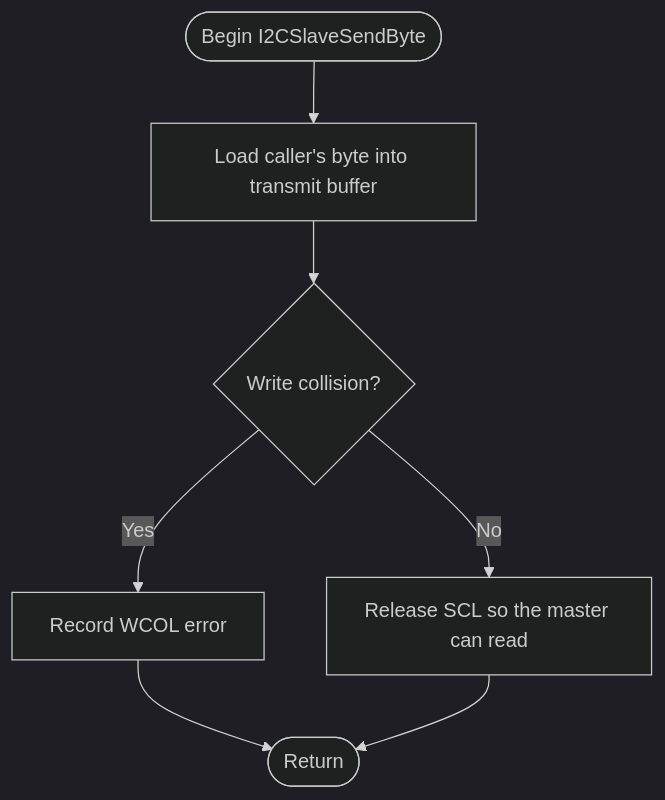
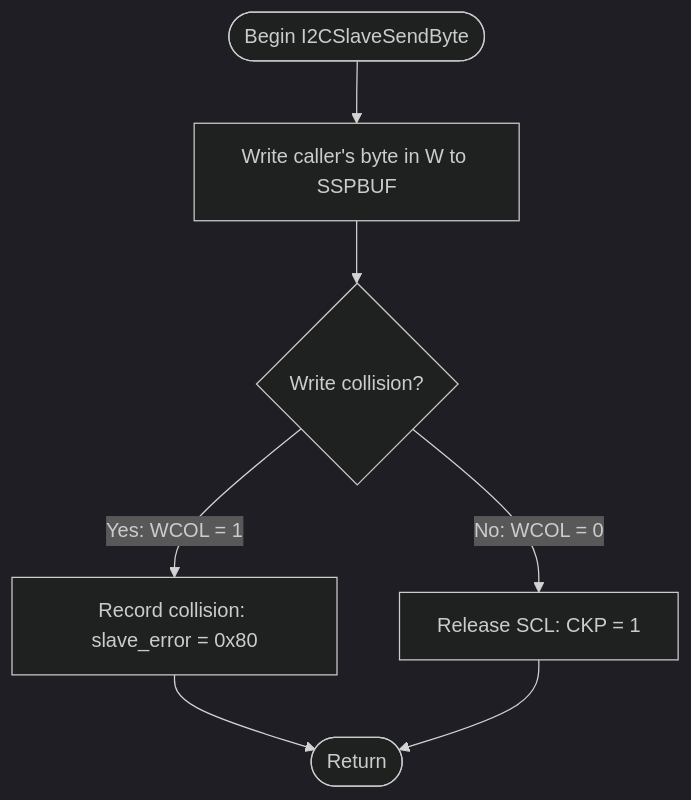
The fourth of 10 diagrams in LabAssignments/support/Lab10-I2C-Slave-Three-Level-Student-Guide.md (rosstimo/RCET3375), drawn with Mermaid (dark theme) before and after one commit. The commit also changed other lines of this file, not shown here.

Commit message:
Use explicit MSSP bit and register conditions in remaining Level 1 flowcharts

````diff
--- a/LabAssignments/support/Lab10-I2C-Slave-Three-Level-Student-Guide.md
+++ b/LabAssignments/support/Lab10-I2C-Slave-Three-Level-Student-Guide.md
@@ -167,9 +167,9 @@
 ```mermaid
 flowchart TD
-    Begin([Begin I2CSlaveSendByte]) --> Load["Load caller's byte into transmit buffer"]
+    Begin(["Begin I2CSlaveSendByte"]) --> Load["Write caller's byte in W to SSPBUF"]
     Load --> Collision{"Write collision?"}
-    Collision -->|Yes| Fault["Record WCOL error"]
-    Collision -->|No| Release["Release SCL so the master can read"]
-    Fault --> Exit([Return])
+    Collision -->|"Yes: WCOL = 1"| Fault["Record collision: slave_error = 0x80"]
+    Collision -->|"No: WCOL = 0"| Release["Release SCL: CKP = 1"]
+    Fault --> Exit(["Return"])
     Release --> Exit
 ```
````
